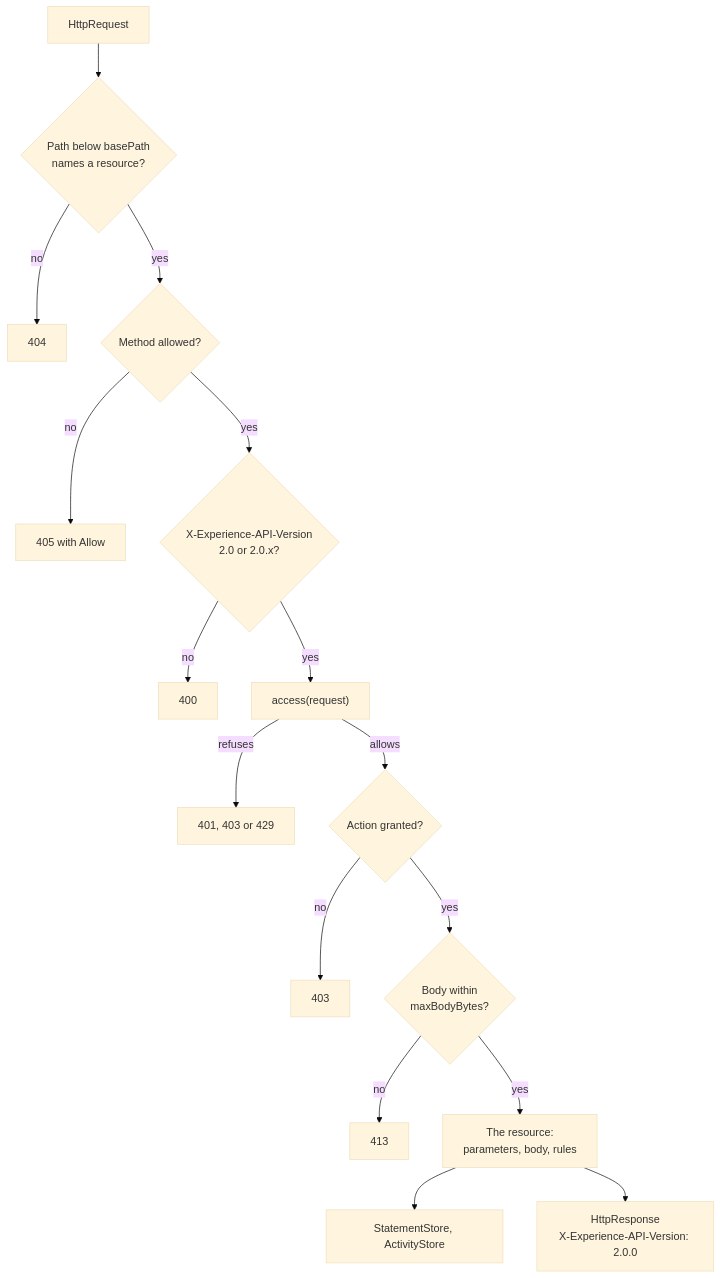
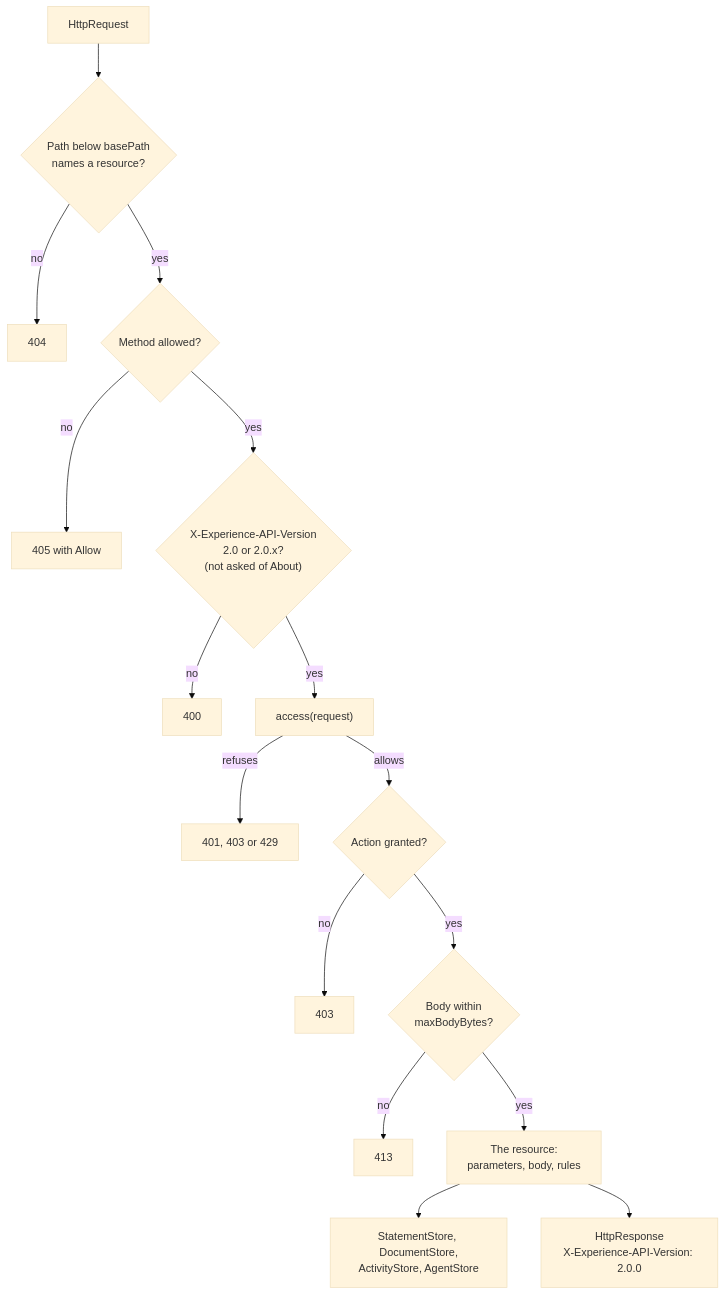
The first of 2 diagrams in docs/learning-records/store.md (interopkit/interopkit), drawn with Mermaid (base theme) before and after one commit. The commit also changed other lines of this file and 32 other files, not shown here.

````diff
--- a/docs/learning-records/store.md
+++ b/docs/learning-records/store.md
@@ -8,18 +8,18 @@
 ```mermaid
 flowchart TD
   request["HttpRequest"] --> route{"Path below basePath<br/>names a resource?"}
   route -->|"no"| r404["404"]
   route -->|"yes"| method{"Method allowed?"}
   method -->|"no"| r405["405 with Allow"]
-  method -->|"yes"| version{"X-Experience-API-Version<br/>2.0 or 2.0.x?"}
+  method -->|"yes"| version{"X-Experience-API-Version<br/>2.0 or 2.0.x?<br/>(not asked of About)"}
   version -->|"no"| r400["400"]
   version -->|"yes"| access["access(request)"]
   access -->|"refuses"| rA["401, 403 or 429"]
   access -->|"allows"| action{"Action granted?"}
   action -->|"no"| r403["403"]
   action -->|"yes"| size{"Body within<br/>maxBodyBytes?"}
   size -->|"no"| r413["413"]
   size -->|"yes"| resource["The resource:<br/>parameters, body, rules"]
-  resource --> ports["StatementStore, ActivityStore"]
+  resource --> ports["StatementStore, DocumentStore,<br/>ActivityStore, AgentStore"]
   resource --> answer["HttpResponse<br/>X-Experience-API-Version: 2.0.0"]
 ```
````
